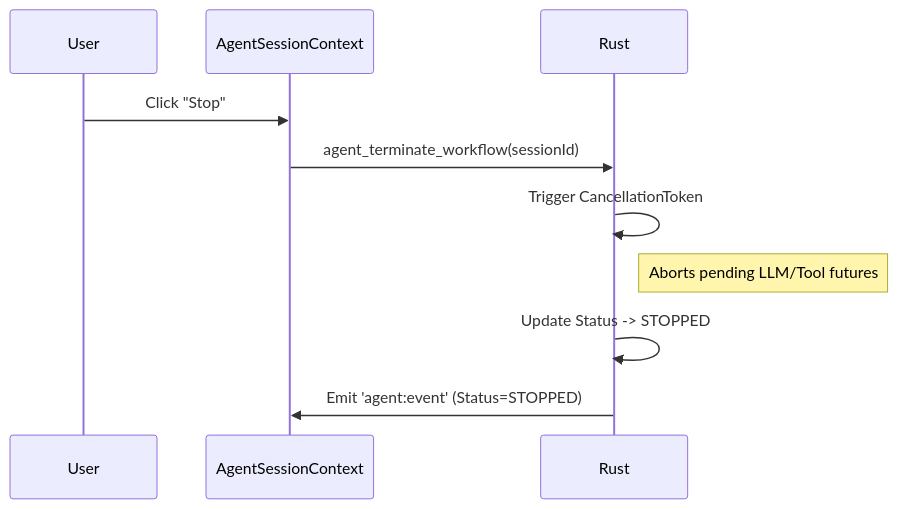
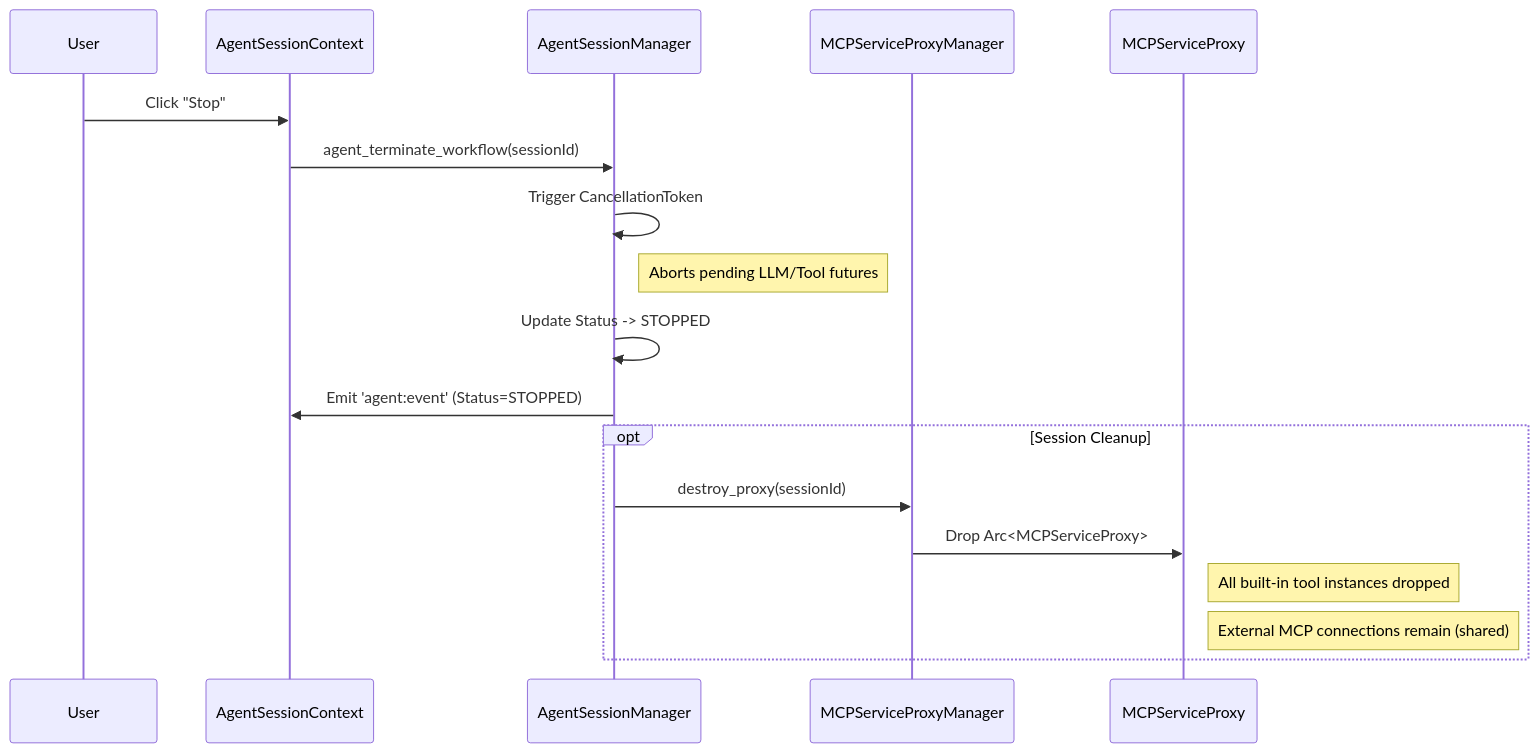
Before and after one commit to fritzprix/libr-agent: the third of 3 diagrams in elaborated_idea.md, drawn with Mermaid. The commit also changed other lines of this file and 81 other files, not shown here.

````diff
--- a/elaborated_idea.md
+++ b/elaborated_idea.md
@@ -212,13 +402,22 @@
 ```mermaid
 sequenceDiagram
     participant User
     participant UI as AgentSessionContext
-    participant Rust
+    participant Manager as AgentSessionManager
+    participant ProxyMgr as MCPServiceProxyManager
+    participant Proxy as MCPServiceProxy
 
     User->>UI: Click "Stop"
-    UI->>Rust: agent_terminate_workflow(sessionId)
-    Rust->>Rust: Trigger CancellationToken
-    note right of Rust: Aborts pending LLM/Tool futures
-    Rust->>Rust: Update Status -> STOPPED
-    Rust->>UI: Emit 'agent:event' (Status=STOPPED)
+    UI->>Manager: agent_terminate_workflow(sessionId)
+    Manager->>Manager: Trigger CancellationToken
+    note right of Manager: Aborts pending LLM/Tool futures
+    Manager->>Manager: Update Status -> STOPPED
+    Manager->>UI: Emit 'agent:event' (Status=STOPPED)
+
+    opt Session Cleanup
+        Manager->>ProxyMgr: destroy_proxy(sessionId)
+        ProxyMgr->>Proxy: Drop Arc<MCPServiceProxy>
+        Note right of Proxy: All built-in tool instances dropped
+        Note right of Proxy: External MCP connections remain (shared)
+    end
 ```
````
